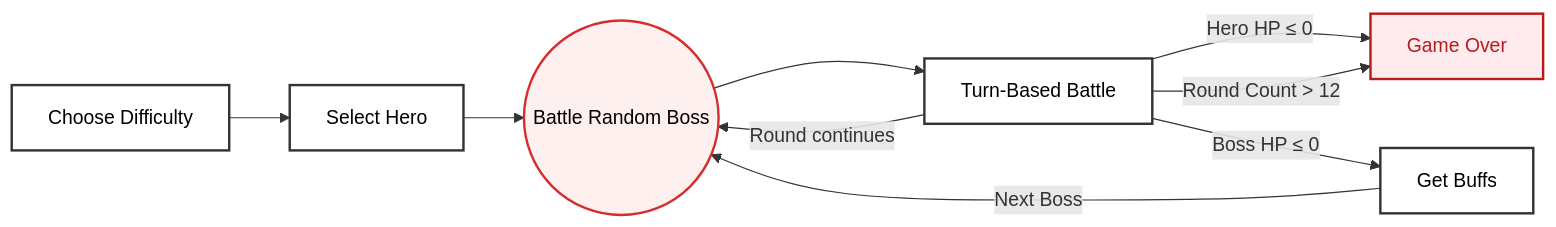
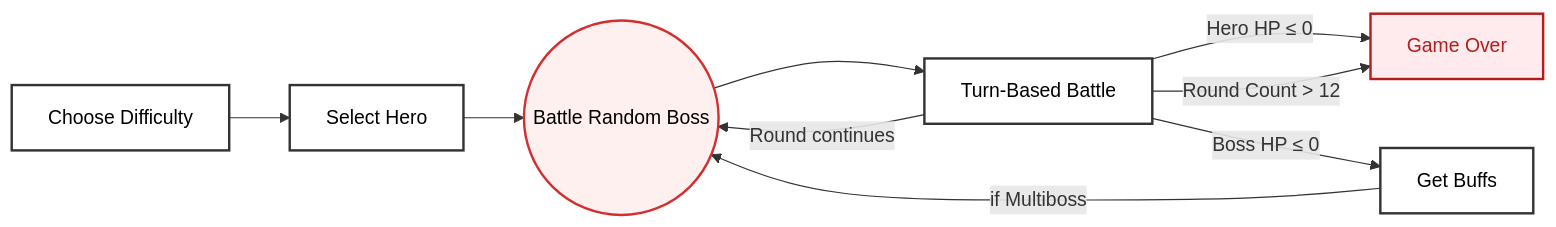
The first of 2 diagrams in README.md (IcyCrucifix/COMP2113_Group66), drawn with Mermaid before and after one commit.

````diff
--- a/README.md
+++ b/README.md
@@ -49,21 +49,21 @@
 ```mermaid
 %%{init: {'theme': 'default'}}%%
 graph LR
     A[Choose Difficulty] --> B[Select Hero]
     B --> C((Battle Random Boss))
     C --> D[Turn-Based Battle]
     
     D -->|Round continues| C
     D -->|Hero HP ≤ 0| E[Game Over]
     D -->|Round Count > 12| E
     D -->|Boss HP ≤ 0| F[Get Buffs]
     
-    F -->|Next Boss| C
+    F -->|if Multiboss| C
     
     classDef default fill:#ffffff,stroke:#333333,color:#000000,stroke-width:2px;
     classDef boss fill:#fff0f0,stroke:#d32f2f,color:#000000,stroke-width:2px;
     classDef death fill:#ffebee,stroke:#b71c1c,color:#b71c1c,stroke-width:2px;
     
     class C boss;
     class E death;
 ```
````
